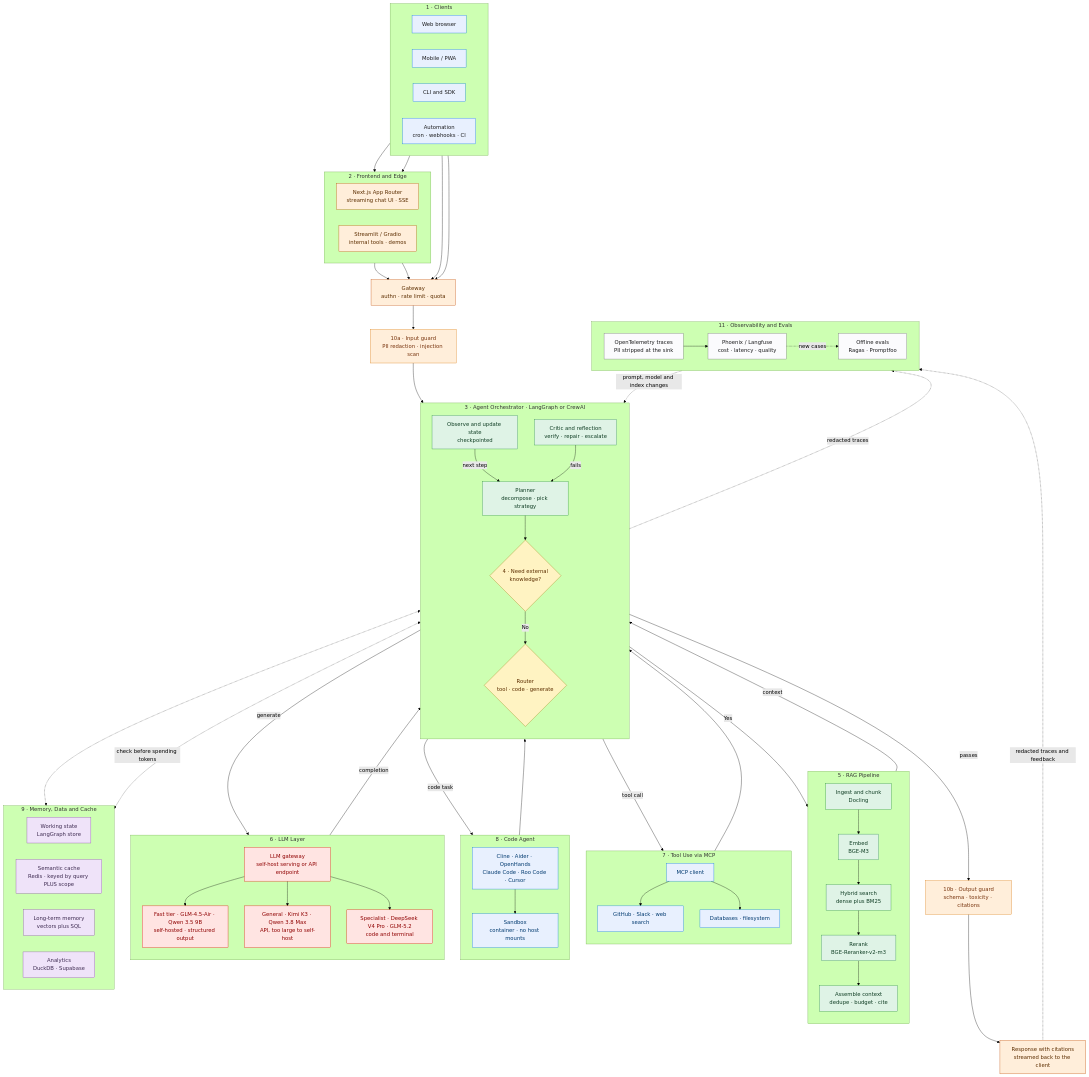
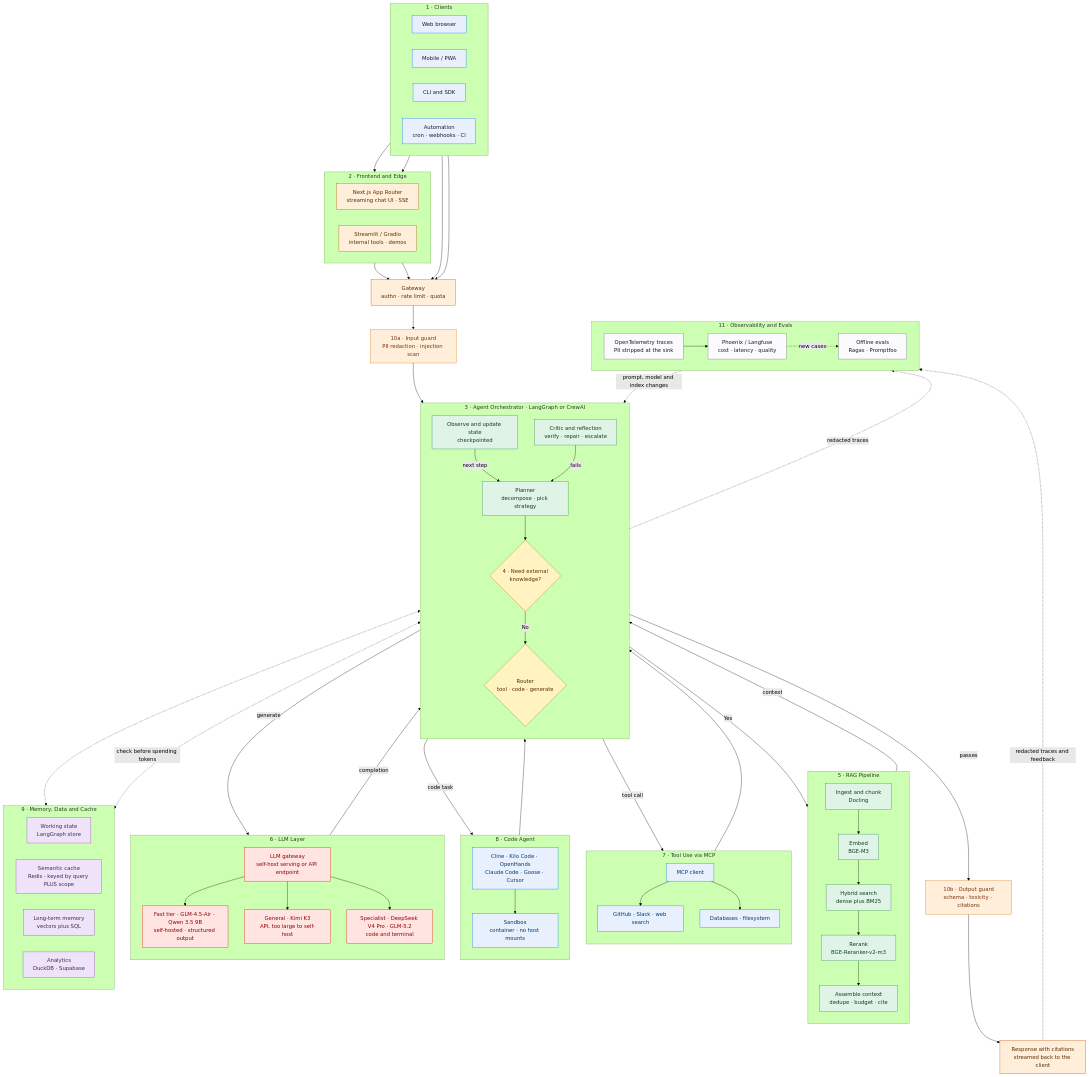
One commit to mlvpatel/open-weight-agent-stack changed the diagram in diagrams/src/master-architecture.mmd. Above: the diagram before and after it, drawn with Mermaid (forest theme). The commit also changed 15 other files, not shown here.

```diff
--- a/diagrams/src/master-architecture.mmd
+++ b/diagrams/src/master-architecture.mmd
@@ -1,137 +1,137 @@
 flowchart TB
     subgraph L1["1 · Clients"]
         direction LR
         C1["Web browser"]
         C2["Mobile / PWA"]
         C3["CLI and SDK"]
         C4["Automation<br/>cron · webhooks · CI"]
     end
 
     subgraph L2["2 · Frontend and Edge"]
         direction LR
         F1["Next.js App Router<br/>streaming chat UI · SSE"]
         F2["Streamlit / Gradio<br/>internal tools · demos"]
     end
 
     GW["Gateway<br/>authn · rate limit · quota"]
     GI["10a · Input guard<br/>PII redaction · injection scan"]
 
     subgraph L3["3 · Agent Orchestrator · LangGraph or CrewAI"]
         direction TB
         PLAN["Planner<br/>decompose · pick strategy"]
         K4{"4 · Need external<br/>knowledge?"}
         ROUTE{"Router<br/>tool · code · generate"}
         STATE["Observe and update state<br/>checkpointed"]
         CRITIC["Critic and reflection<br/>verify · repair · escalate"]
     end
 
     subgraph L5["5 · RAG Pipeline"]
         direction TB
         R1["Ingest and chunk<br/>Docling"]
         R2["Embed<br/>BGE-M3"]
         R3["Hybrid search<br/>dense plus BM25"]
         R4["Rerank<br/>BGE-Reranker-v2-m3"]
         R5["Assemble context<br/>dedupe · budget · cite"]
     end
 
     subgraph L7["7 · Tool Use via MCP"]
         direction TB
         T0["MCP client"]
         T1["GitHub · Slack · web search"]
         T2["Databases · filesystem"]
     end
 
     subgraph L8["8 · Code Agent"]
         direction TB
-        A0["Cline · Aider · OpenHands<br/>Claude Code · Roo Code · Cursor"]
+        A0["Cline · Kilo Code · OpenHands<br/>Claude Code · Goose · Cursor"]
         A1["Sandbox<br/>container · no host mounts"]
     end
 
     subgraph L6["6 · LLM Layer"]
         direction TB
         M0["LLM gateway<br/>self-host serving or API endpoint"]
         M1["Fast tier · GLM-4.5-Air · Qwen 3.5 9B<br/>self-hosted · structured output"]
-        M2["General · Kimi K3 · Qwen 3.8 Max<br/>API, too large to self-host"]
+        M2["General · Kimi K3<br/>API, too large to self-host"]
         M3["Specialist · DeepSeek V4 Pro · GLM-5.2<br/>code and terminal"]
     end
 
     GO["10b · Output guard<br/>schema · toxicity · citations"]
 
     subgraph L9["9 · Memory, Data and Cache"]
         direction LR
         D1["Working state<br/>LangGraph store"]
         D2["Semantic cache<br/>Redis · keyed by query PLUS scope"]
         D3["Long-term memory<br/>vectors plus SQL"]
         D4B["Analytics<br/>DuckDB · Supabase"]
     end
 
     subgraph L11["11 · Observability and Evals"]
         direction LR
         O1["OpenTelemetry traces<br/>PII stripped at the sink"]
         O2["Phoenix / Langfuse<br/>cost · latency · quality"]
         EV["Offline evals<br/>Ragas · Promptfoo"]
     end
 
     C1 --> F1
     C2 --> F1
     C3 --> GW
     C4 --> GW
     F1 --> GW
     F2 --> GW
     GW --> GI
     GI --> PLAN
 
     PLAN --> K4
     K4 -->|Yes| R1
     K4 -->|No| ROUTE
     R1 --> R2 --> R3 --> R4 --> R5
     R5 -->|context| ROUTE
 
     ROUTE -->|tool call| T0
     ROUTE -->|code task| A0
     ROUTE -->|generate| M0
 
     T0 --> T1
     T0 --> T2
     A0 --> A1
     M0 --> M1
     M0 --> M2
     M0 --> M3
 
     T0 --> STATE
     A1 --> STATE
     M0 -->|completion| CRITIC
     STATE -->|next step| PLAN
     CRITIC -->|fails| PLAN
     CRITIC -->|passes| GO
     GO --> RESP["Response with citations<br/>streamed back to the client"]
 
     STATE <-.-> D1
     ROUTE <-.->|check before spending tokens| D2
     PLAN -.->|redacted traces| O1
     RESP -.->|redacted traces and feedback| O1
     O1 --> O2
     O2 -.->|new cases| EV
     EV -.->|prompt, model and index changes| PLAN
 
     classDef client fill:#e8f0fe,stroke:#0071e3,color:#1d1d1f
     classDef fe fill:#ffeeda,stroke:#bf4800,color:#5c2e00
     classDef orch fill:#dff3e6,stroke:#248a3d,color:#0f3d23
     classDef rag fill:#dff3e6,stroke:#248a3d,color:#0f3d23
     classDef llm fill:#ffe4e2,stroke:#e30000,color:#8f0000
     classDef tool fill:#e8f0fe,stroke:#0071e3,color:#003a70
     classDef mem fill:#efe3f9,stroke:#8944ab,color:#3f2c52
     classDef guard fill:#ffeeda,stroke:#d97706,color:#78350f
     classDef obs fill:#fbfbfd,stroke:#6e6e73,color:#1d1d1f
     classDef decision fill:#fff3c2,stroke:#997404,color:#5c2e00
 
     class C1,C2,C3,C4 client
     class F1,F2,GW,RESP fe
     class PLAN,STATE,CRITIC orch
     class K4,ROUTE decision
     class R1,R2,R3,R4,R5 rag
     class M0,M1,M2,M3 llm
     class T0,T1,T2,A0,A1 tool
     class D1,D2,D3,D4B mem
     class GI,GO guard
     class O1,O2,EV obs
```
